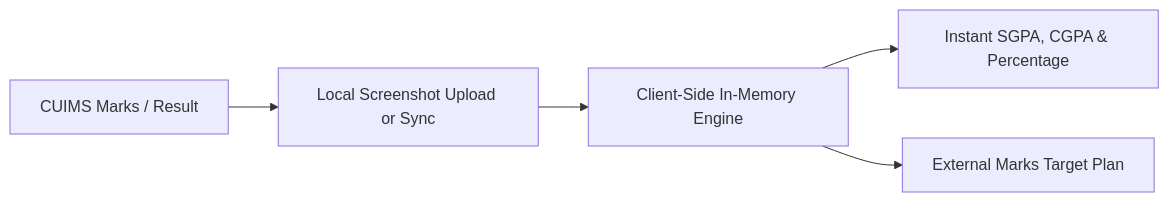
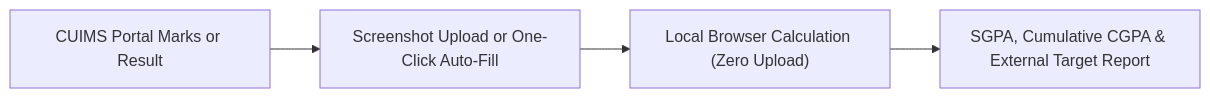
Before and after one commit to amanjeet233/cuims-sgpa-cgpa-marks-calculator: the diagram in README.md, drawn with Mermaid. The commit also changed other lines of this file, not shown here.

````diff
--- a/README.md
+++ b/README.md
@@ -30,7 +43,6 @@
 ```mermaid
 flowchart LR
-    A["CUIMS Marks / Result"] --> B["Local Screenshot Upload or Sync"]
-    B --> C["Client-Side In-Memory Engine"]
-    C --> D["Instant SGPA, CGPA & Percentage"]
-    C --> E["External Marks Target Plan"]
+    A["CUIMS Portal Marks or Result"] --> B["Screenshot Upload or One-Click Auto-Fill"]
+    B --> C["Local Browser Calculation (Zero Upload)"]
+    C --> D["SGPA, Cumulative CGPA & External Target Report"]
 ```
````
